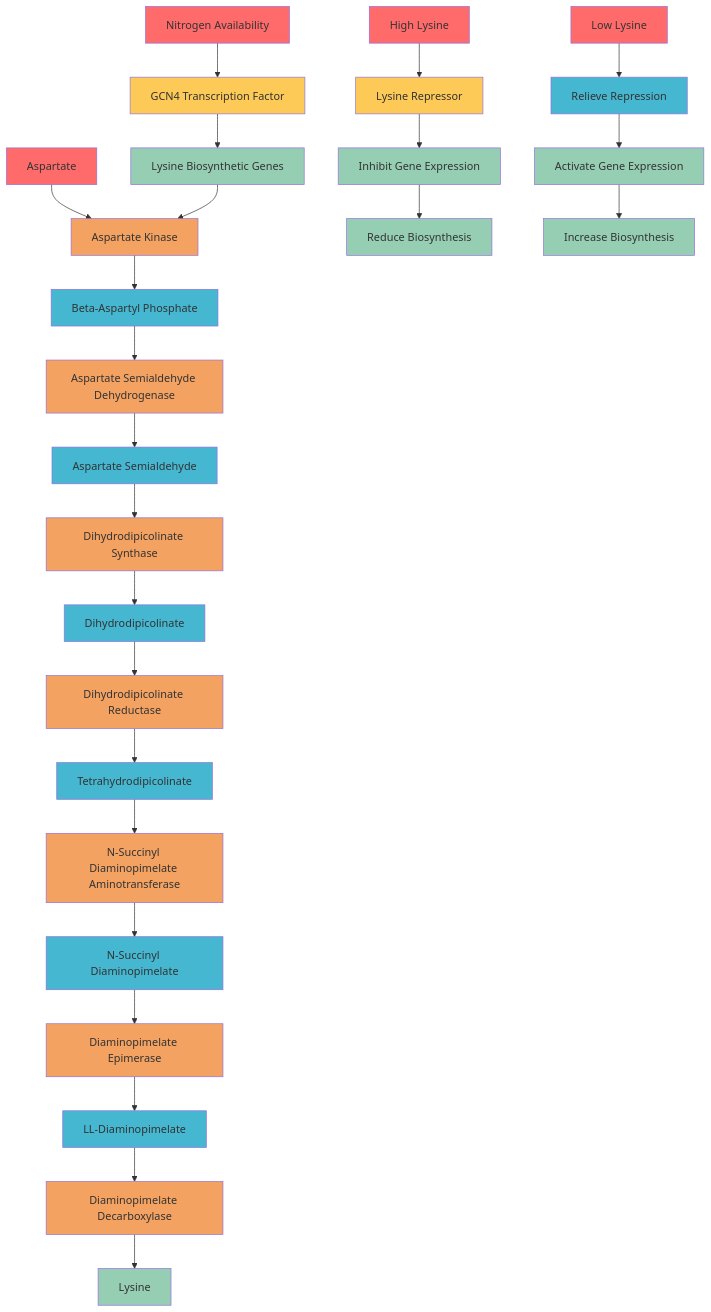
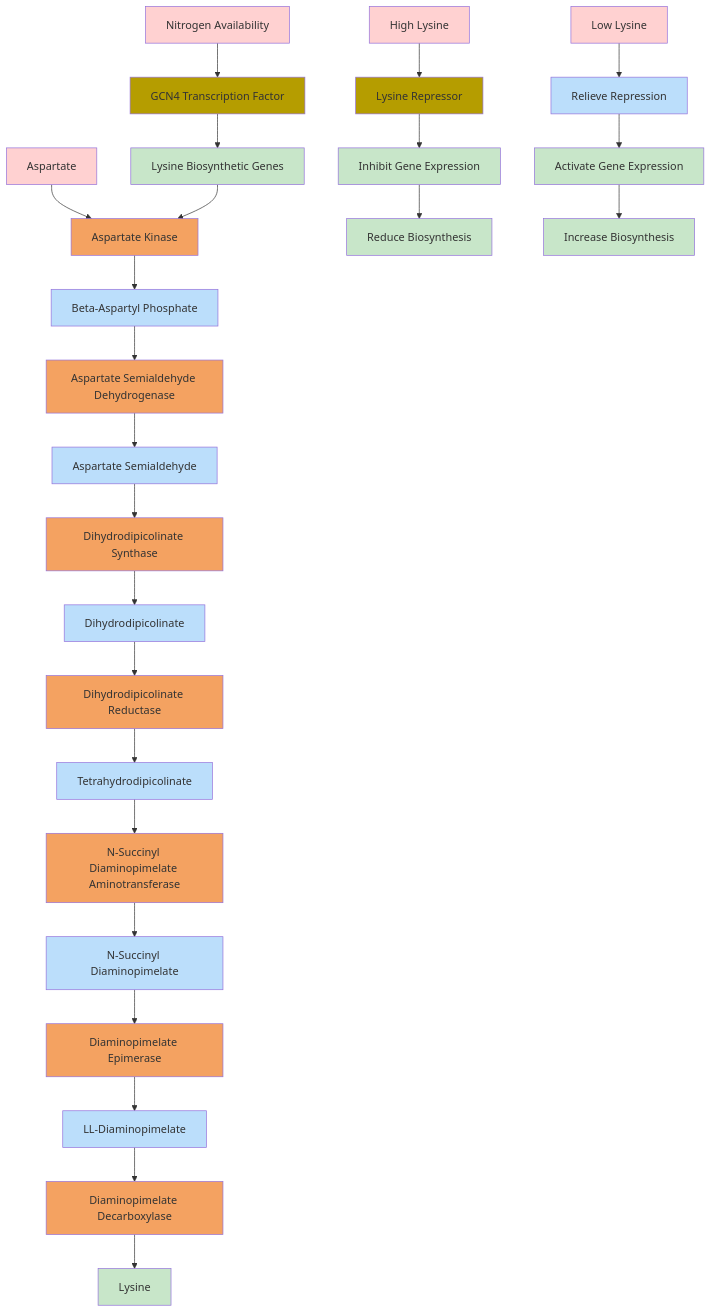
Before and after one commit to garywelz/glmp: the diagram in old_junk_files/batch11_03_lysine_biosynthesis.mmd, drawn with Mermaid. The commit also changed 251 other files, not shown here.

Commit message:
Update color scheme for biological process flowcharts

```diff
--- a/old_junk_files/batch11_03_lysine_biosynthesis.mmd
+++ b/old_junk_files/batch11_03_lysine_biosynthesis.mmd
@@ -1,54 +1,54 @@
 graph TD
     A[Aspartate] --> B[Aspartate Kinase]
     B --> C[Beta-Aspartyl Phosphate]
     C --> D[Aspartate Semialdehyde Dehydrogenase]
     D --> E[Aspartate Semialdehyde]
     E --> F[Dihydrodipicolinate Synthase]
     F --> G[Dihydrodipicolinate]
     G --> H[Dihydrodipicolinate Reductase]
     H --> I[Tetrahydrodipicolinate]
     I --> J[N-Succinyl Diaminopimelate Aminotransferase]
     J --> K[N-Succinyl Diaminopimelate]
     K --> L[Diaminopimelate Epimerase]
     L --> M[LL-Diaminopimelate]
     M --> N[Diaminopimelate Decarboxylase]
     N --> O[Lysine]
     
     P[Nitrogen Availability] --> Q[GCN4 Transcription Factor]
     Q --> R[Lysine Biosynthetic Genes]
     R --> B
     
     S[High Lysine] --> T[Lysine Repressor]
     T --> U[Inhibit Gene Expression]
     U --> V[Reduce Biosynthesis]
     
     W[Low Lysine] --> X[Relieve Repression]
     X --> Y[Activate Gene Expression]
     Y --> Z[Increase Biosynthesis]
     
-    style A fill:#ff6b6b
+    style A fill:#ffd1d1
     style B fill:#f4a261
-    style C fill:#45b7d1
+    style C fill:#bbdefb
     style D fill:#f4a261
-    style E fill:#45b7d1
+    style E fill:#bbdefb
     style F fill:#f4a261
-    style G fill:#45b7d1
+    style G fill:#bbdefb
     style H fill:#f4a261
-    style I fill:#45b7d1
+    style I fill:#bbdefb
     style J fill:#f4a261
-    style K fill:#45b7d1
+    style K fill:#bbdefb
     style L fill:#f4a261
-    style M fill:#45b7d1
+    style M fill:#bbdefb
     style N fill:#f4a261
-    style O fill:#96ceb4
-    style P fill:#ff6b6b
-    style Q fill:#feca57
-    style R fill:#96ceb4
-    style S fill:#ff6b6b
-    style T fill:#feca57
-    style U fill:#96ceb4
-    style V fill:#96ceb4
-    style W fill:#ff6b6b
-    style X fill:#45b7d1
-    style Y fill:#96ceb4
-    style Z fill:#96ceb4
+    style O fill:#c8e6c9
+    style P fill:#ffd1d1
+    style Q fill:#b59d00
+    style R fill:#c8e6c9
+    style S fill:#ffd1d1
+    style T fill:#b59d00
+    style U fill:#c8e6c9
+    style V fill:#c8e6c9
+    style W fill:#ffd1d1
+    style X fill:#bbdefb
+    style Y fill:#c8e6c9
+    style Z fill:#c8e6c9
```
